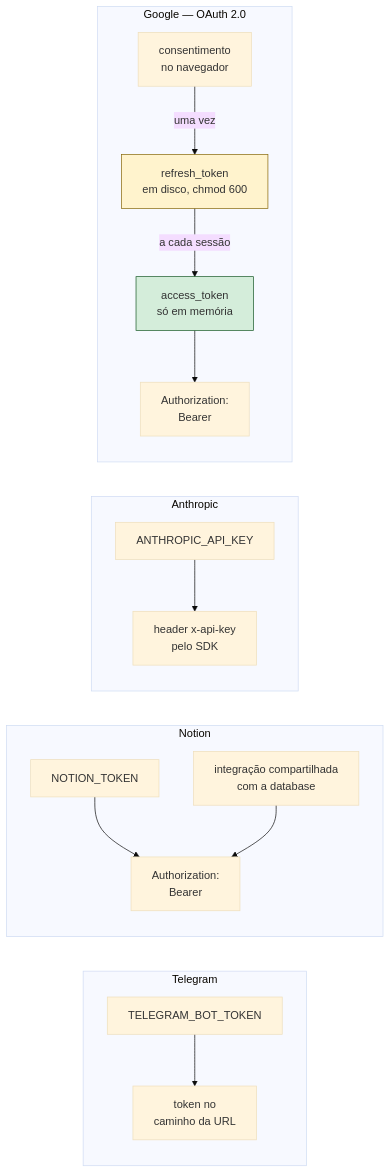
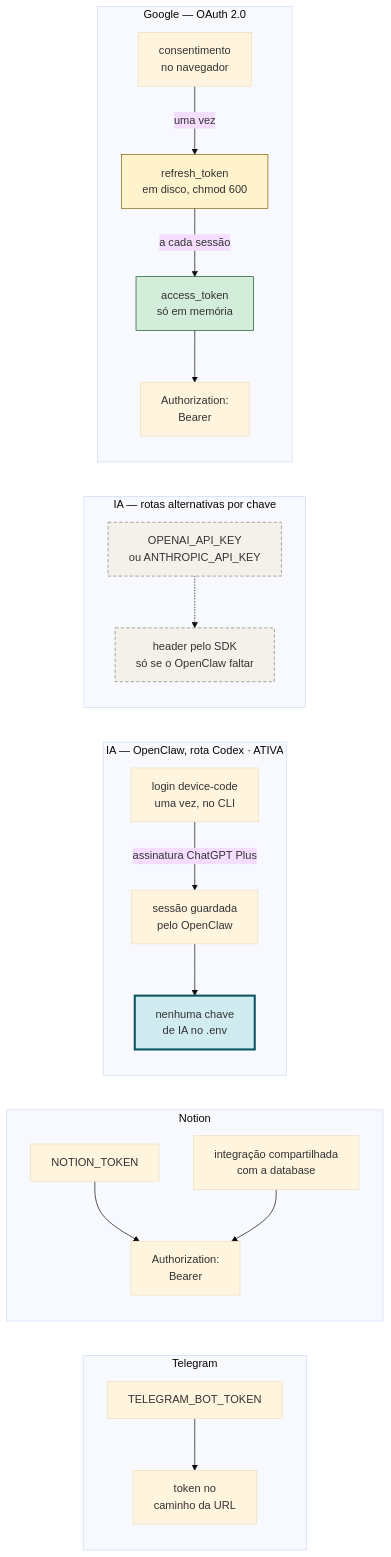
The fifth of 7 diagrams in docs/fluxo.md (brunarezerdev/sabia-organizacao-pessoal), drawn with Mermaid (base theme) before and after one commit. The commit also changed other lines of this file and 6 other files, not shown here.

````diff
--- a/docs/fluxo.md
+++ b/docs/fluxo.md
@@ -155,24 +168,32 @@
 ```mermaid
 flowchart LR
     subgraph TG[Telegram]
         T1[TELEGRAM_BOT_TOKEN] --> T2[token no<br/>caminho da URL]
     end
 
     subgraph NO[Notion]
         N1[NOTION_TOKEN] --> N2[Authorization:<br/>Bearer]
         N3[integração compartilhada<br/>com a database] --> N2
     end
 
-    subgraph AN[Anthropic]
-        A1[ANTHROPIC_API_KEY] --> A2[header x-api-key<br/>pelo SDK]
+    subgraph IA[IA — OpenClaw, rota Codex · ATIVA]
+        I1[login device-code<br/>uma vez, no CLI] -->|assinatura ChatGPT Plus| I2[sessão guardada<br/>pelo OpenClaw]
+        I2 --> I3[nenhuma chave<br/>de IA no .env]
+    end
+
+    subgraph AL[IA — rotas alternativas por chave]
+        A1[OPENAI_API_KEY<br/>ou ANTHROPIC_API_KEY] -.-> A2[header pelo SDK<br/>só se o OpenClaw faltar]
     end
 
     subgraph GO[Google — OAuth 2.0]
         G1[consentimento<br/>no navegador] -->|uma vez| G2[refresh_token<br/>em disco, chmod 600]
         G2 -->|a cada sessão| G3[access_token<br/>só em memória]
         G3 --> G4[Authorization:<br/>Bearer]
     end
 
+    style I3 fill:#d1ecf1,stroke:#0c5460,stroke-width:3px
+    style A1 fill:#f4f1ea,stroke:#8a8378,stroke-dasharray: 5 3
+    style A2 fill:#f4f1ea,stroke:#8a8378,stroke-dasharray: 5 3
     style G2 fill:#fff3cd,stroke:#856404
     style G3 fill:#d4edda,stroke:#155724
 ```
````
